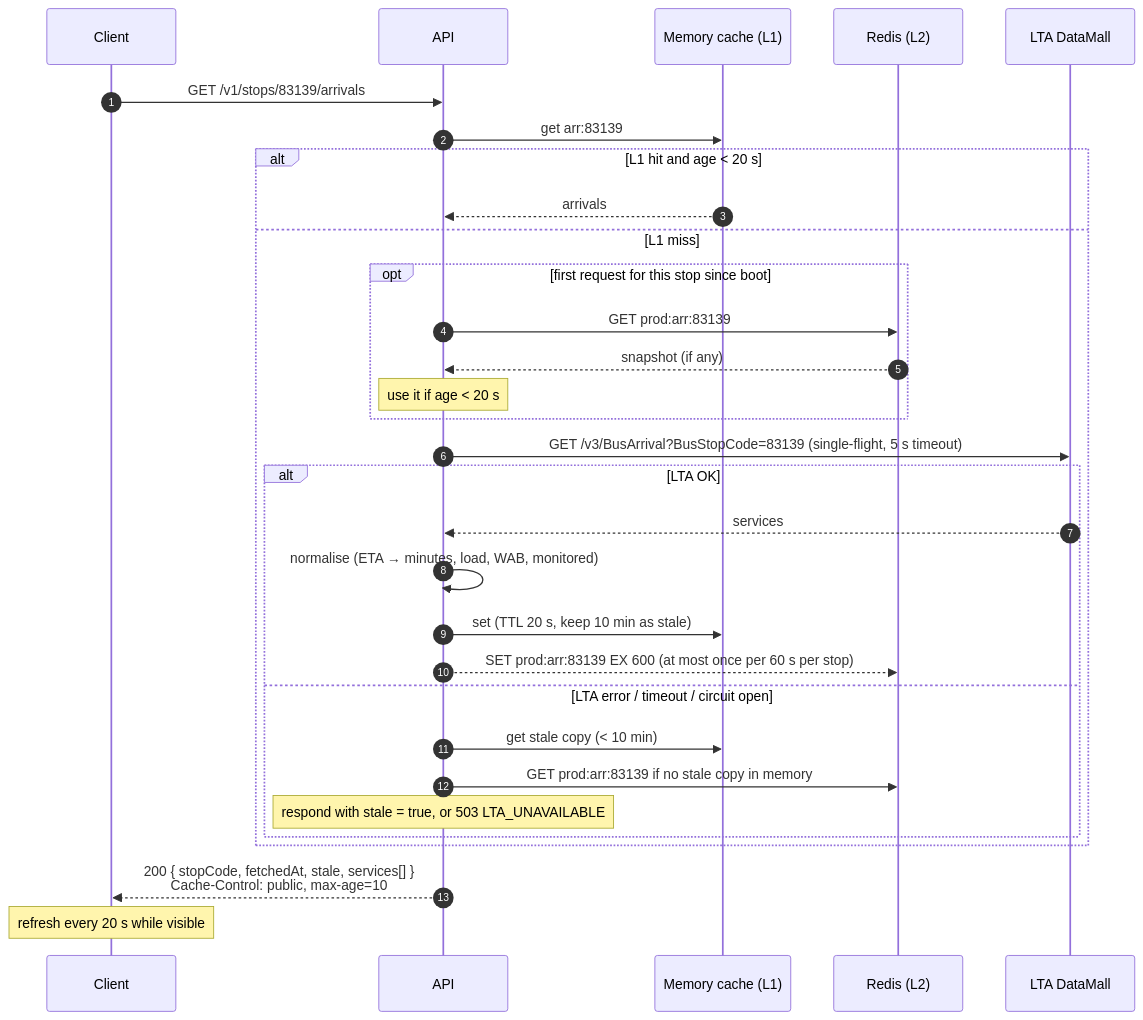
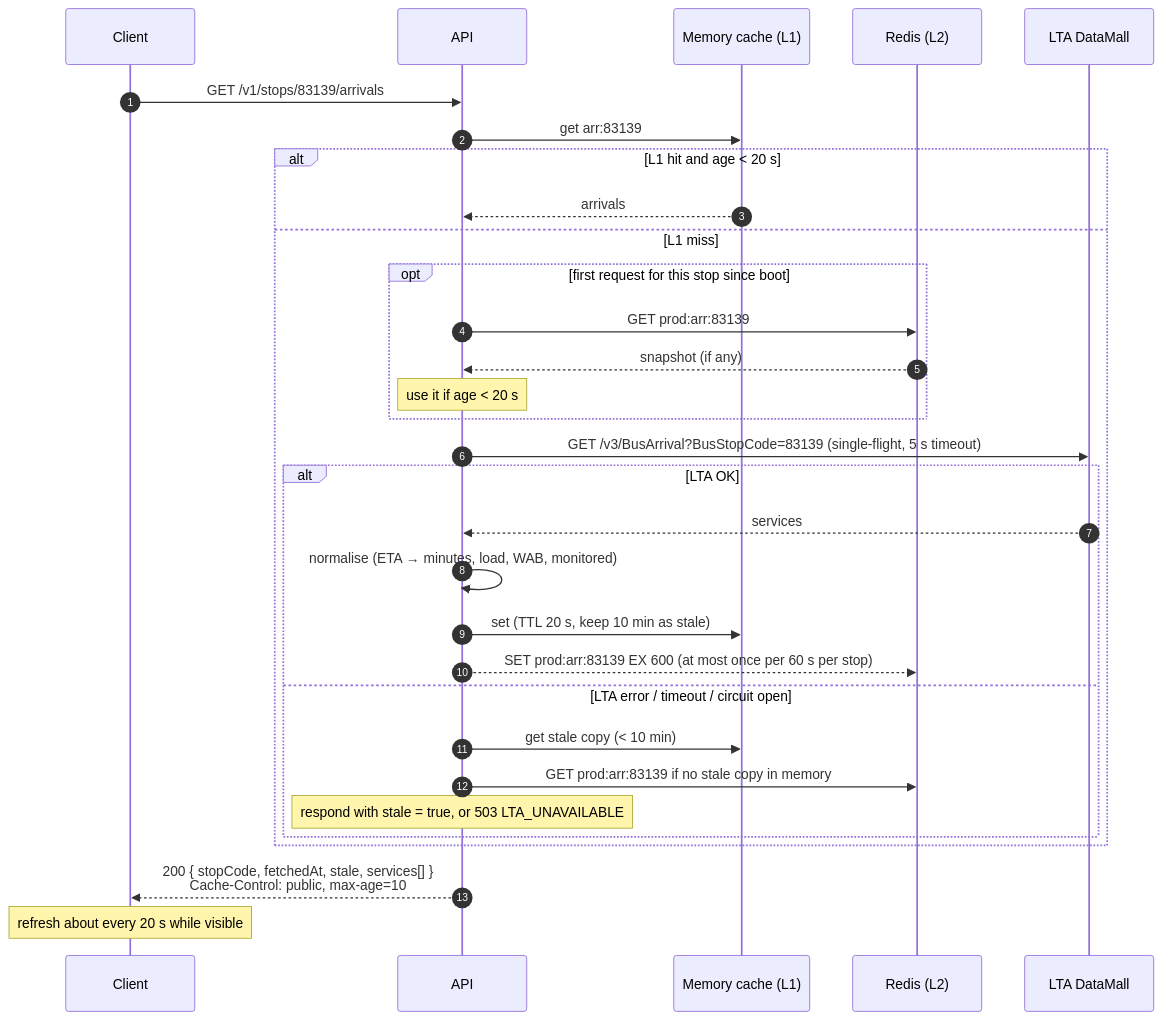
Before and after one commit to EthanYap123/sg-transit-companion: the second of 4 diagrams in docs/ARCHITECTURE.md, drawn with Mermaid. The commit also changed other lines of this file and 11 other files, not shown here.

````diff
--- a/docs/ARCHITECTURE.md
+++ b/docs/ARCHITECTURE.md
@@ -60,34 +60,34 @@
 ```mermaid
 sequenceDiagram
     autonumber
     participant C as Client
     participant A as API
     participant M as Memory cache (L1)
     participant R as Redis (L2)
     participant L as LTA DataMall
 
     C->>A: GET /v1/stops/83139/arrivals
     A->>M: get arr:83139
     alt L1 hit and age < 20 s
         M-->>A: arrivals
     else L1 miss
         opt first request for this stop since boot
             A->>R: GET prod:arr:83139
             R-->>A: snapshot (if any)
             Note over A: use it if age < 20 s
         end
         A->>L: GET /v3/BusArrival?BusStopCode=83139 (single-flight, 5 s timeout)
         alt LTA OK
             L-->>A: services
             A->>A: normalise (ETA → minutes, load, WAB, monitored)
             A->>M: set (TTL 20 s, keep 10 min as stale)
             A-->>R: SET prod:arr:83139 EX 600 (at most once per 60 s per stop)
         else LTA error / timeout / circuit open
             A->>M: get stale copy (< 10 min)
             A->>R: GET prod:arr:83139 if no stale copy in memory
             Note over A: respond with stale = true, or 503 LTA_UNAVAILABLE
         end
     end
     A-->>C: 200 { stopCode, fetchedAt, stale, services[] }<br/>Cache-Control: public, max-age=10
-    Note over C: refresh every 20 s while visible
+    Note over C: refresh about every 20 s while visible
 ```
````
